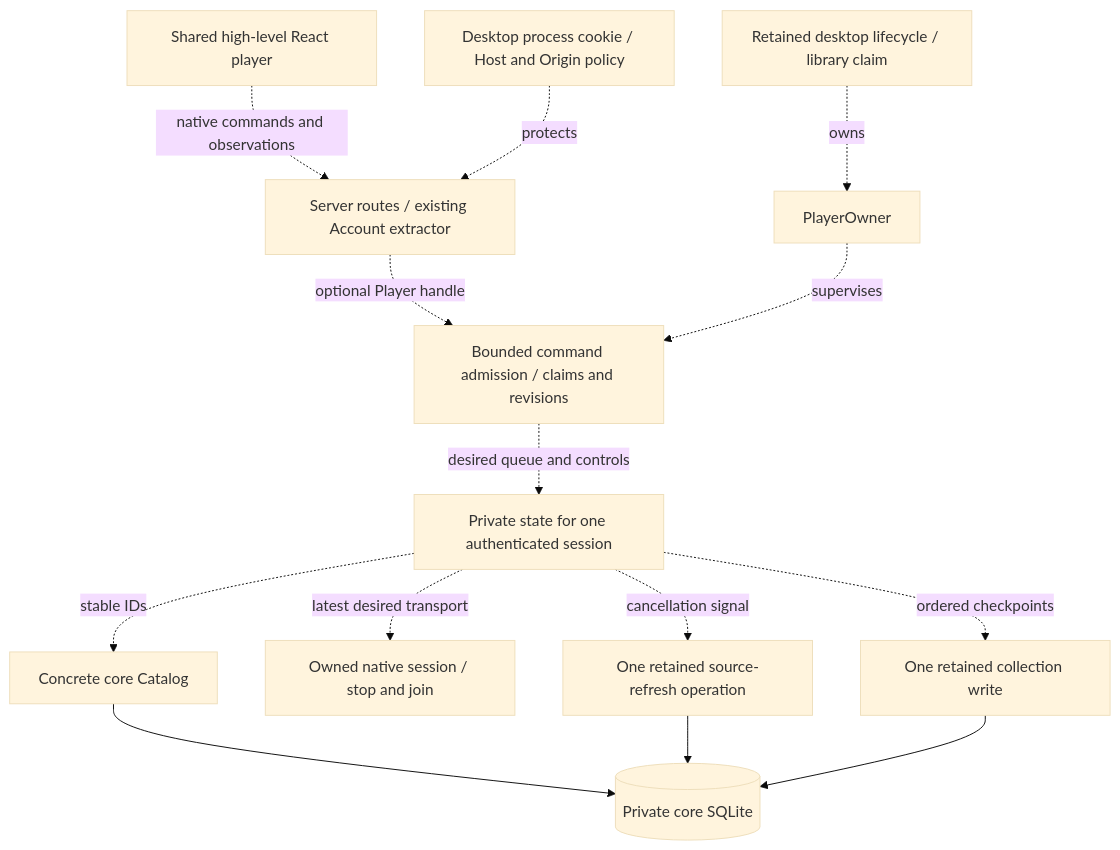
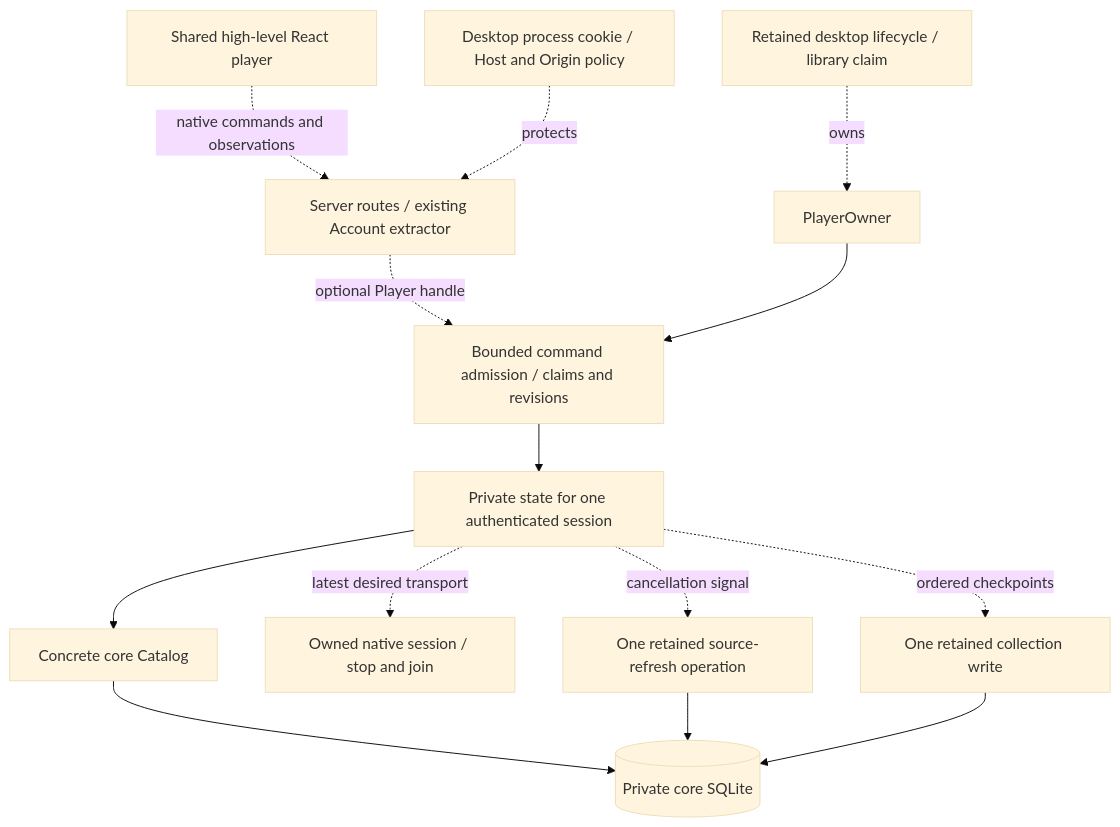
Before and after one commit to acidiney/hitoapp: the diagram in docs/native-coordinator.md, drawn with Mermaid (base theme). The commit also changed other lines of this file and 2 other files, not shown here.

Commit message:
Document implemented queue ownership and remaining native effects

````diff
--- a/docs/native-coordinator.md
+++ b/docs/native-coordinator.md
@@ -9,16 +9,16 @@
 ```mermaid
 flowchart TB
   UI[Shared high-level React player] -. native commands and observations .-> HTTP[Server routes / existing Account extractor]
   Access[Desktop process cookie / Host and Origin policy] -. protects .-> HTTP
   HTTP -. optional Player handle .-> Admission[Bounded command admission / claims and revisions]
   Host[Retained desktop lifecycle / library claim] -. owns .-> Owner[PlayerOwner]
-  Owner -. supervises .-> Admission
-  Admission -. desired queue and controls .-> State[Private state for one authenticated session]
-  State -. stable IDs .-> Catalog[Concrete core Catalog]
+  Owner --> Admission
+  Admission --> State[Private state for one authenticated session]
+  State --> Catalog[Concrete core Catalog]
   State -. latest desired transport .-> Native[Owned native session / stop and join]
   State -. cancellation signal .-> Refresh[One retained source-refresh operation]
   State -. ordered checkpoints .-> Progress[One retained collection write]
   Catalog --> DB[(Private core SQLite)]
   Refresh --> DB
   Progress --> DB
 ```
````
